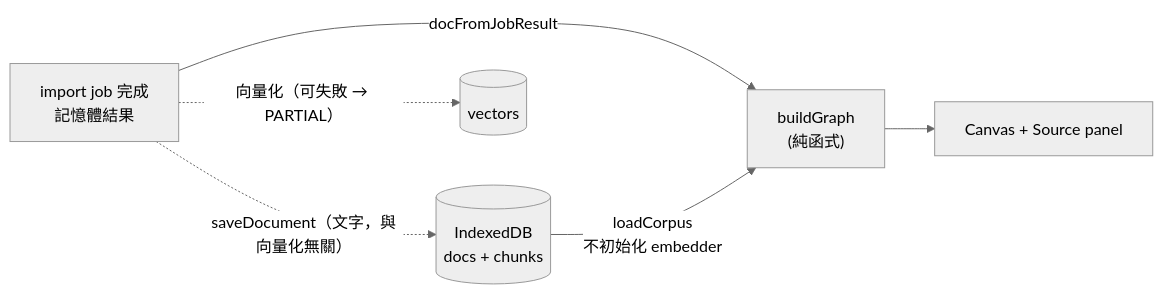
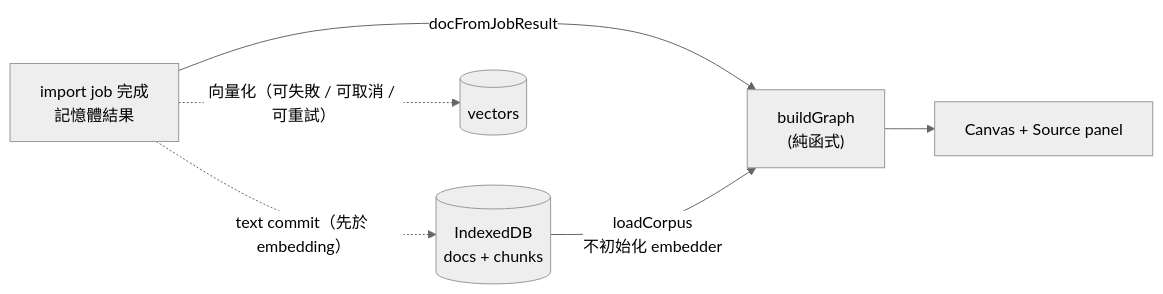
Before and after one commit to rita112025-cpu/Hyperforge: the first of 2 diagrams in README.md, drawn with Mermaid (neutral theme). The commit also changed other lines of this file and 4 other files, not shown here.

````diff
--- a/README.md
+++ b/README.md
@@ -33,8 +33,8 @@
 ```mermaid
 flowchart LR
   J["import job 完成<br/>記憶體結果"] -->|docFromJobResult| G["buildGraph<br/>(純函式)"]
   D[("IndexedDB<br/>docs + chunks")] -->|"loadCorpus<br/>不初始化 embedder"| G
   G --> C["Canvas + Source panel"]
-  J -.->|"saveDocument（文字，與向量化無關）"| D
-  J -.->|"向量化（可失敗 → PARTIAL）"| V[("vectors")]
+  J -.->|"text commit（先於 embedding）"| D
+  J -.->|"向量化（可失敗 / 可取消 / 可重試）"| V[("vectors")]
 ```
````
